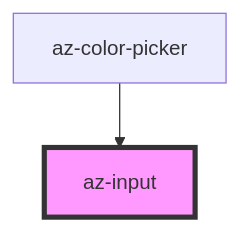
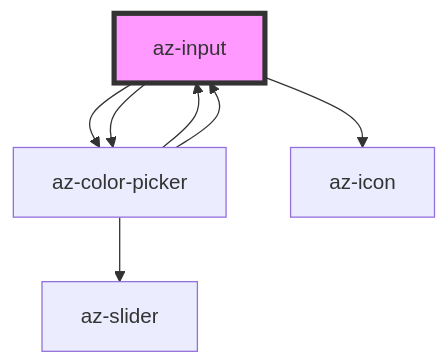
Before and after one commit to aztec-ui/aztec-ui: the diagram in src/components/input/readme.md, drawn with Mermaid. The commit also changed other lines of this file and 15 other files, not shown here.

````diff
--- a/src/components/input/readme.md
+++ b/src/components/input/readme.md
@@ -29,5 +37,10 @@
 ```mermaid
 graph TD;
+  az-input --> az-color-picker
+  az-input --> az-icon
+  az-input --> az-color-picker
+  az-color-picker --> az-slider
+  az-color-picker --> az-input
   az-color-picker --> az-input
   style az-input fill:#f9f,stroke:#333,stroke-width:4px
 ```
````
